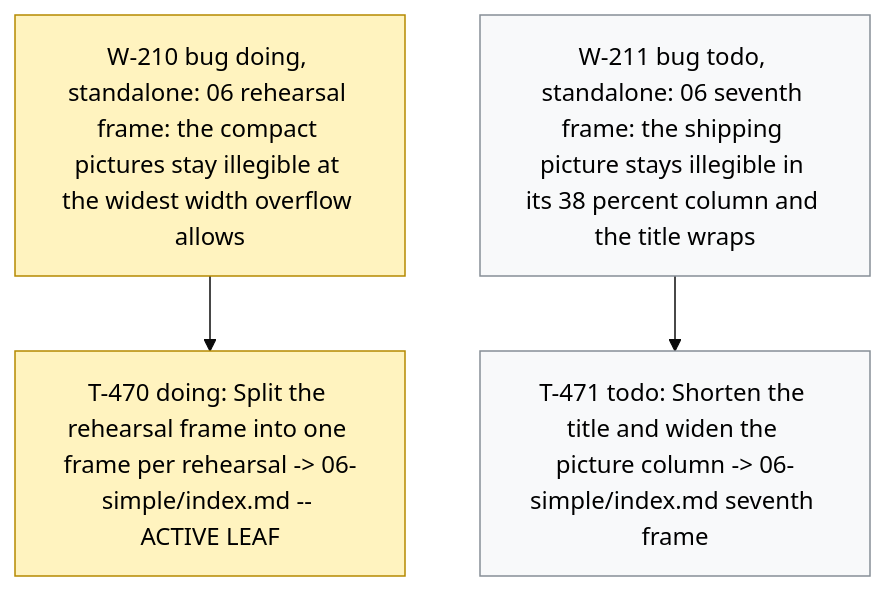
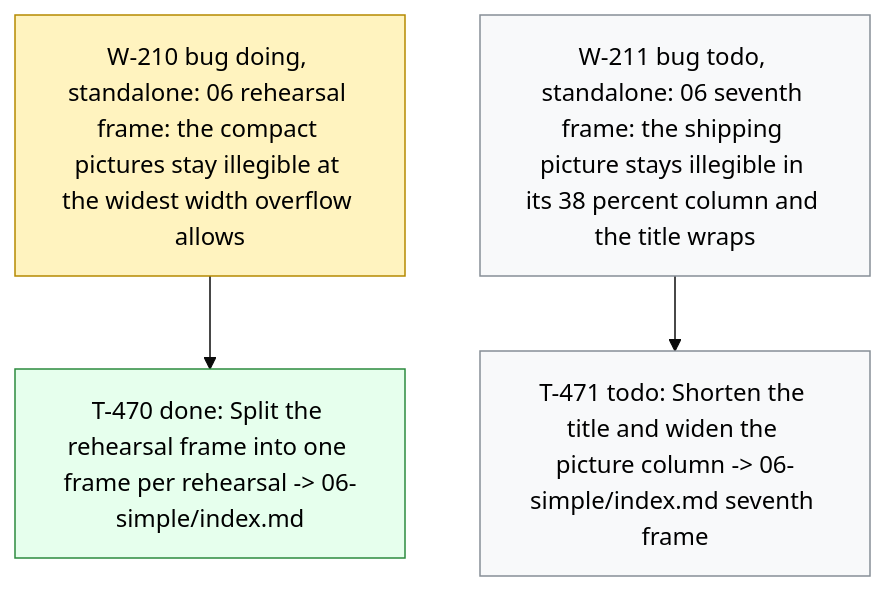
One commit to dpopchev/chaos-to-simple changed the diagram in .board/BOARD.md. Above: the diagram before and after it, drawn with Mermaid (base theme). The commit also changed other lines of this file and 1 other file, not shown here.

Commit message:
chore(board): close T-470 -- W-210 ready to land
Refs: W-210 T-470

````diff
--- a/.board/BOARD.md
+++ b/.board/BOARD.md
@@ -1239,14 +1239,15 @@
 ```mermaid
 flowchart TD
   W210["W-210 bug doing, standalone: 06 rehearsal frame: the compact pictures stay illegible at the widest width overflow allows"]
-  W210 --> T470["T-470 doing: Split the rehearsal frame into one frame per rehearsal -> 06-simple/index.md -- ACTIVE LEAF"]
+  W210 --> T470["T-470 done: Split the rehearsal frame into one frame per rehearsal -> 06-simple/index.md"]
   W211["W-211 bug todo, standalone: 06 seventh frame: the shipping picture stays illegible in its 38 percent column and the title wraps"]
   W211 --> T471["T-471 todo: Shorten the title and widen the picture column -> 06-simple/index.md seventh frame"]
   classDef doing fill:#fff3bf,stroke:#b58900,color:#000;
   classDef blocked fill:#ffe3e3,stroke:#c92a2a,color:#000;
   classDef done fill:#e6ffed,stroke:#2b8a3e,color:#000;
   classDef todo fill:#f8f9fa,stroke:#868e96,color:#000;
   classDef pruned fill:#f1f3f5,stroke:#adb5bd,color:#000;
-  class W210,T470 doing
+  class W210 doing
+  class T470 done
   class W211,T471 todo
 ```
````
